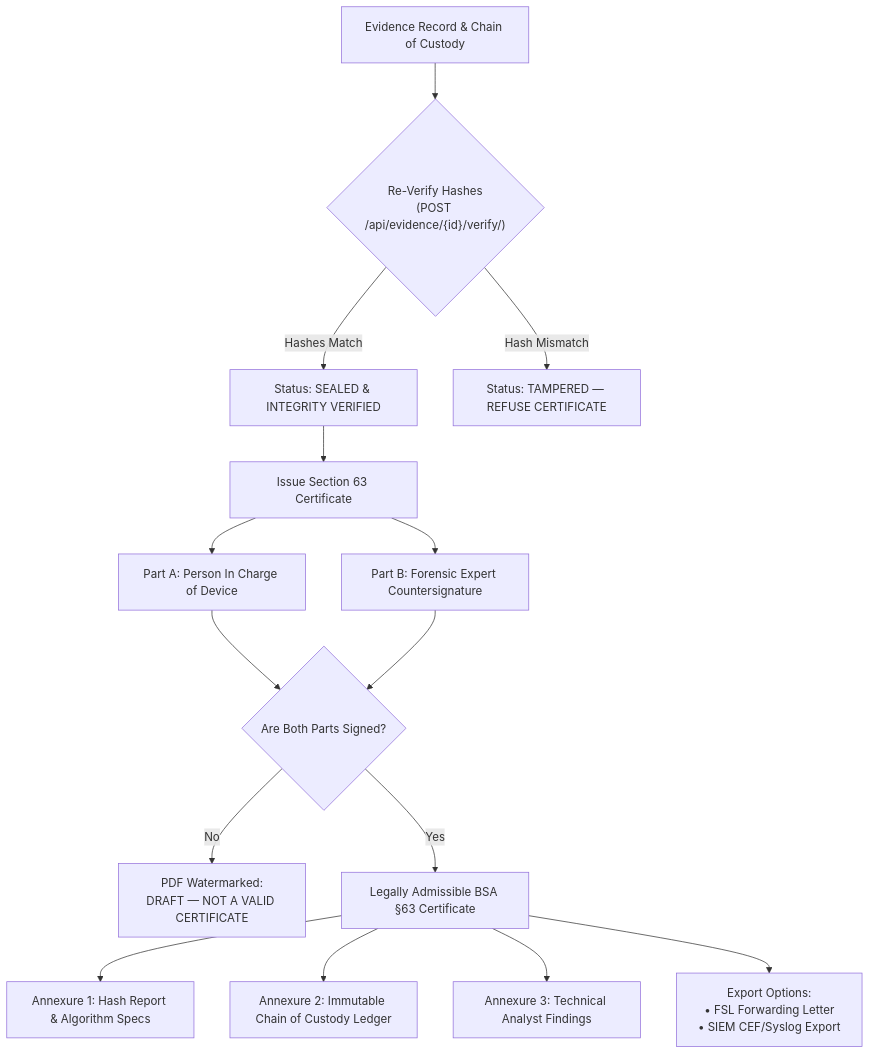
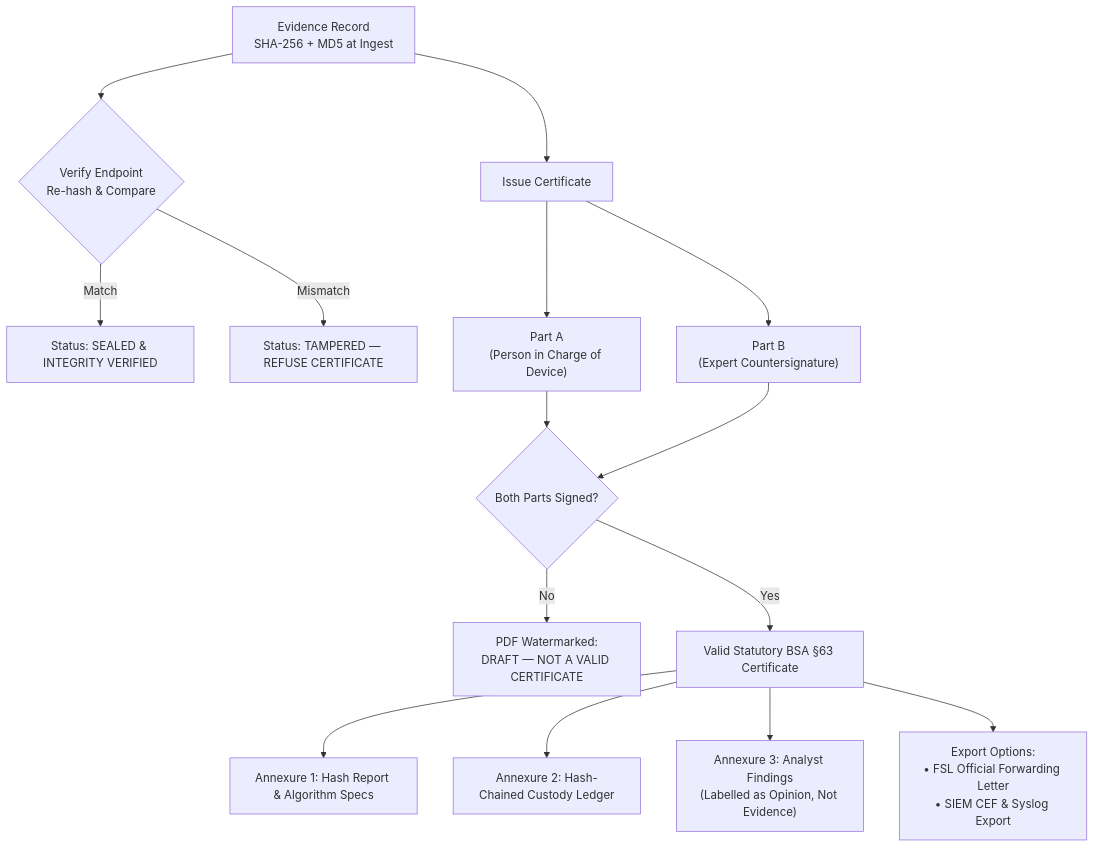
The fifth of 5 diagrams in README.md (MuhammedZuhayr/NetForensiq), drawn with Mermaid before and after one commit. The commit also changed other lines of this file and 2 other files, not shown here.

First line of the commit message:
docs: expand README to preserve complete forensic engineering depth and 5 mermaid diagrams

````diff
--- a/README.md
+++ b/README.md
@@ -189,19 +372,21 @@
 ```mermaid
 flowchart TD
-    A["Evidence Record & Chain of Custody"] --> B{"Re-Verify Hashes<br/>(POST /api/evidence/{id}/verify/)"}
-    B -->|Hashes Match| C["Status: SEALED & INTEGRITY VERIFIED"]
-    B -->|Hash Mismatch| D["Status: TAMPERED — REFUSE CERTIFICATE"]
+    A["Evidence Record<br/>SHA-256 + MD5 at Ingest"] --> B{"Verify Endpoint<br/>Re-hash & Compare"}
+    B -->|Match| C["Status: SEALED & INTEGRITY VERIFIED"]
+    B -->|Mismatch| D["Status: TAMPERED — REFUSE CERTIFICATE"]
 
-    C --> E["Issue Section 63 Certificate"]
-    E --> F["Part A: Person In Charge of Device"]
-    E --> G["Part B: Forensic Expert Countersignature"]
+    A --> E["Issue Certificate"]
+    E --> F["Part A<br/>(Person in Charge of Device)"]
+    E --> G["Part B<br/>(Expert Countersignature)"]
 
-    F & G --> H{"Are Both Parts Signed?"}
+    F --> H{"Both Parts Signed?"}
+    G --> H
     H -->|No| I["PDF Watermarked:<br/>DRAFT — NOT A VALID CERTIFICATE"]
-    H -->|Yes| J["Legally Admissible BSA §63 Certificate"]
+    H -->|Yes| J["Valid Statutory BSA §63 Certificate"]
 
     J --> K["Annexure 1: Hash Report & Algorithm Specs"]
-    J --> L["Annexure 2: Immutable Chain of Custody Ledger"]
-    J --> M["Annexure 3: Technical Analyst Findings"]
-    J --> N["Export Options:<br/>• FSL Forwarding Letter<br/>• SIEM CEF/Syslog Export"]
+    J --> L["Annexure 2: Hash-Chained Custody Ledger"]
+    J --> M["Annexure 3: Analyst Findings<br/>(Labelled as Opinion, Not Evidence)"]
+
+    J --> N["Export Options:<br/>• FSL Official Forwarding Letter<br/>• SIEM CEF & Syslog Export"]
 ```
````
